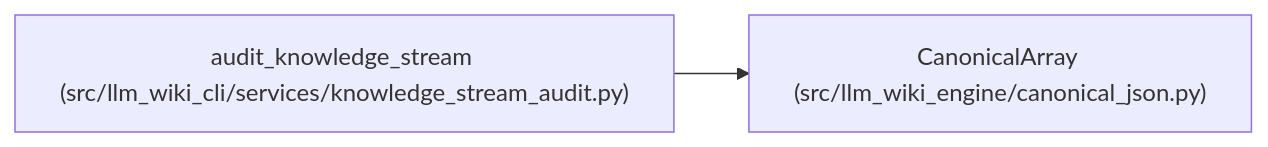
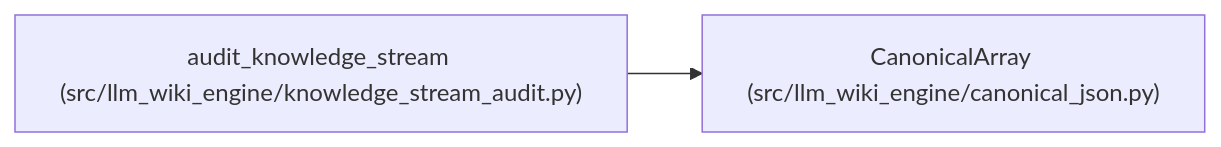
The diagram in docs/llm_wiki/entities/CanonicalArray.md (Denissvgn/python-wiki-llm), drawn with Mermaid before and after one commit. The commit also changed 1058 other files, not shown here.

First line of the commit message:
docs: refresh the wiki for the knowledge store move

````diff
--- a/docs/llm_wiki/entities/CanonicalArray.md
+++ b/docs/llm_wiki/entities/CanonicalArray.md
@@ -26,8 +26,8 @@
 ```mermaid
 flowchart LR
     n0["CanonicalArray (src/llm_wiki_engine/canonical_json.py)"]
-    n1["audit_knowledge_stream (src/llm_wiki_cli/services/knowledge_stream_audit.py)"]
+    n1["audit_knowledge_stream (src/llm_wiki_engine/knowledge_stream_audit.py)"]
     n1 --> n0
     click n0 "../modules/canonical_json.md"
     click n1 "../modules/knowledge_stream_audit.md"
 ```
````
